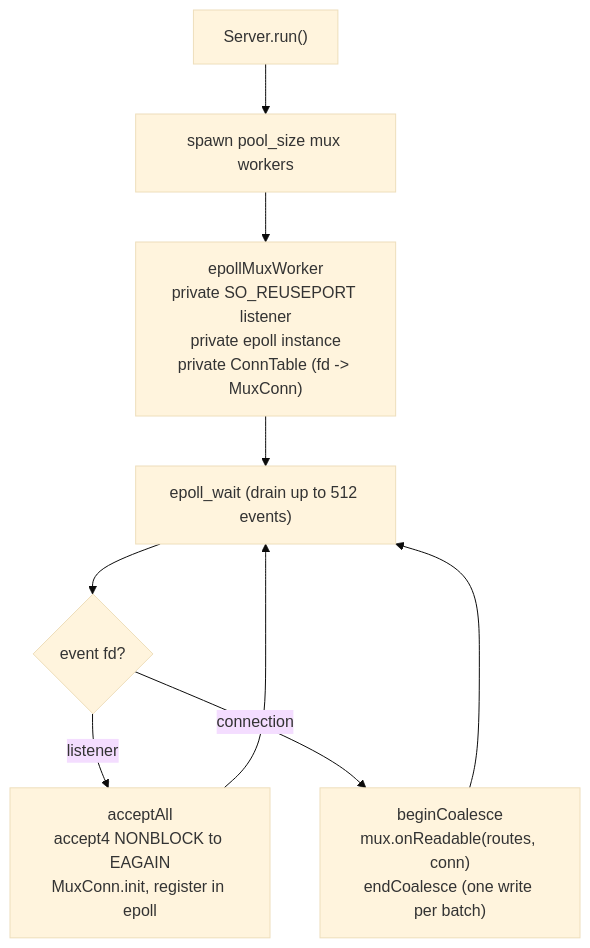
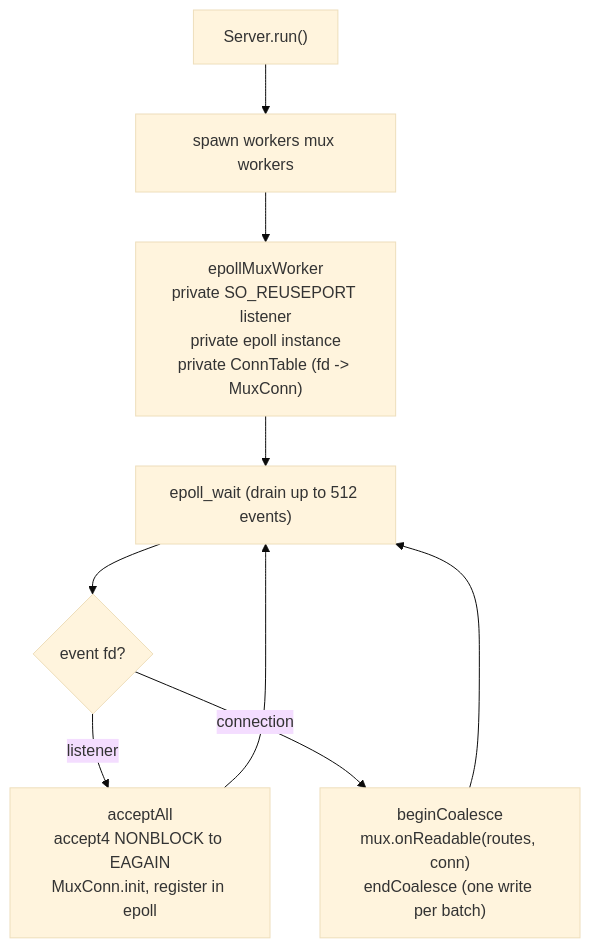
One commit to prothegee/zix changed the second of 5 diagrams in docs/hld-http2-id.md. Above: the diagram before and after it, drawn with Mermaid (base theme). The commit also changed other lines of this file, not shown here.

Commit message:
drop POOL and MIXED from the http2 hld

````diff
--- a/docs/hld-http2-id.md
+++ b/docs/hld-http2-id.md
@@ -69,11 +63,11 @@
 ```mermaid
 flowchart TD
-    MAIN["Server.run()"] --> SPAWN["spawn pool_size mux workers"]
+    MAIN["Server.run()"] --> SPAWN["spawn workers mux workers"]
     SPAWN --> W["epollMuxWorker\nprivate SO_REUSEPORT listener\nprivate epoll instance\nprivate ConnTable (fd -> MuxConn)"]
     W --> WAIT["epoll_wait (drain up to 512 events)"]
     WAIT --> EV{"event fd?"}
     EV -->|listener| ACCEPT["acceptAll\naccept4 NONBLOCK to EAGAIN\nMuxConn.init, register in epoll"]
     EV -->|connection| READ["beginCoalesce\nmux.onReadable(routes, conn)\nendCoalesce (one write per batch)"]
     ACCEPT --> WAIT
     READ --> WAIT
 ```
````
